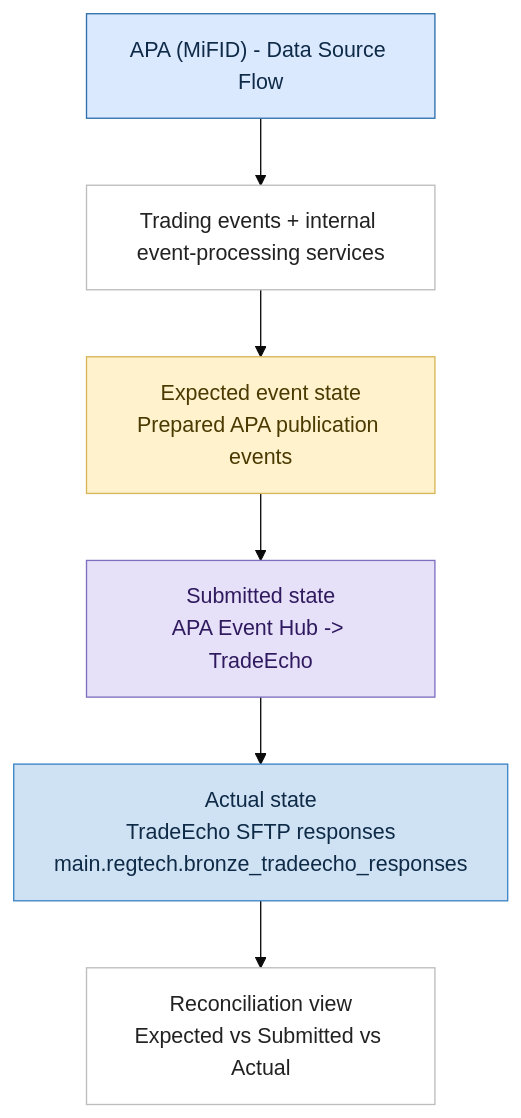
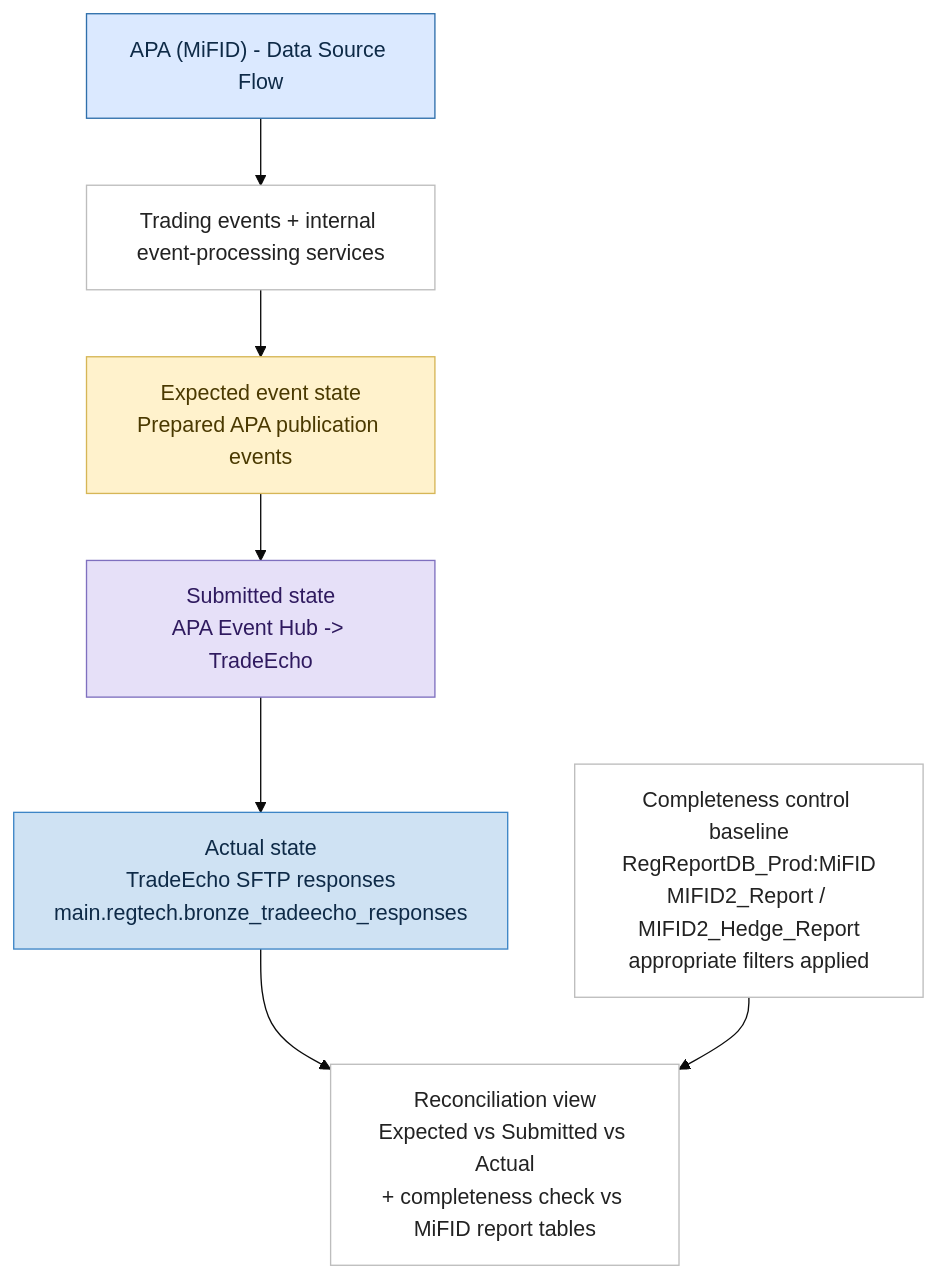
The diagram in regtech-automation-project/diagrams/reporting-model-apa-data-sources.mmd (valentinosko-hub/RegTech), drawn with Mermaid (base theme) before and after one commit. The commit also changed 1 other file, not shown here.

Commit message:
Add APA completeness check against MiFID report tables

```diff
--- a/regtech-automation-project/diagrams/reporting-model-apa-data-sources.mmd
+++ b/regtech-automation-project/diagrams/reporting-model-apa-data-sources.mmd
@@ -1,22 +1,24 @@
 flowchart TB
   T["APA (MiFID) - Data Source Flow"]
   SRC["Trading events + internal event-processing services"]
   E["Expected event state<br/>Prepared APA publication events"]
+  COMP["Completeness control baseline<br/>RegReportDB_Prod:MiFID<br/>MIFID2_Report / MIFID2_Hedge_Report<br/>appropriate filters applied"]
   SUB["Submitted state<br/>APA Event Hub -> TradeEcho"]
   ACT["Actual state<br/>TradeEcho SFTP responses<br/>main.regtech.bronze_tradeecho_responses"]
-  R["Reconciliation view<br/>Expected vs Submitted vs Actual"]
+  R["Reconciliation view<br/>Expected vs Submitted vs Actual<br/>+ completeness check vs MiFID report tables"]
 
   T --> SRC
   SRC --> E --> SUB --> ACT --> R
+  COMP --> R
 
   classDef title fill:#dbe9ff,stroke:#2f6fab,color:#0e2a47,fontStyle:bold,fontSize:14;
   classDef expected fill:#fff2cc,stroke:#d6b656,color:#4a3900;
   classDef submitted fill:#e6e0f8,stroke:#7f70bf,color:#2f1a5f;
   classDef actual fill:#cfe2f3,stroke:#3d85c6,color:#0e2a47;
   classDef neutral fill:#ffffff,stroke:#bdbdbd,color:#222;
 
   class T title;
   class E expected;
   class SUB submitted;
   class ACT actual;
-  class SRC,R neutral;
+  class SRC,COMP,R neutral;
```
